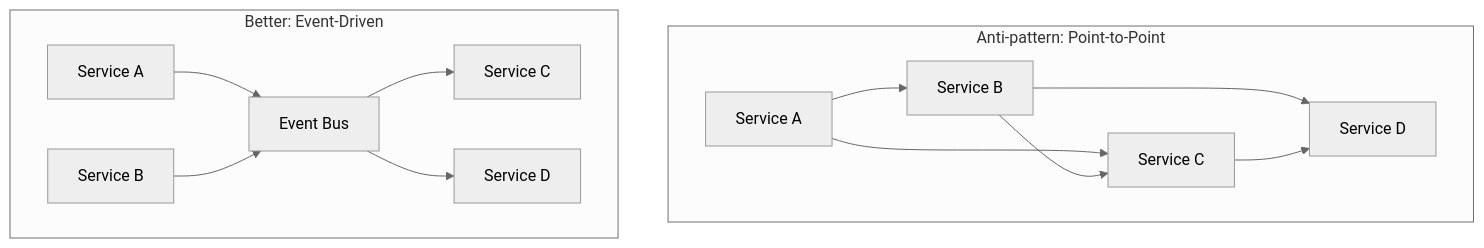
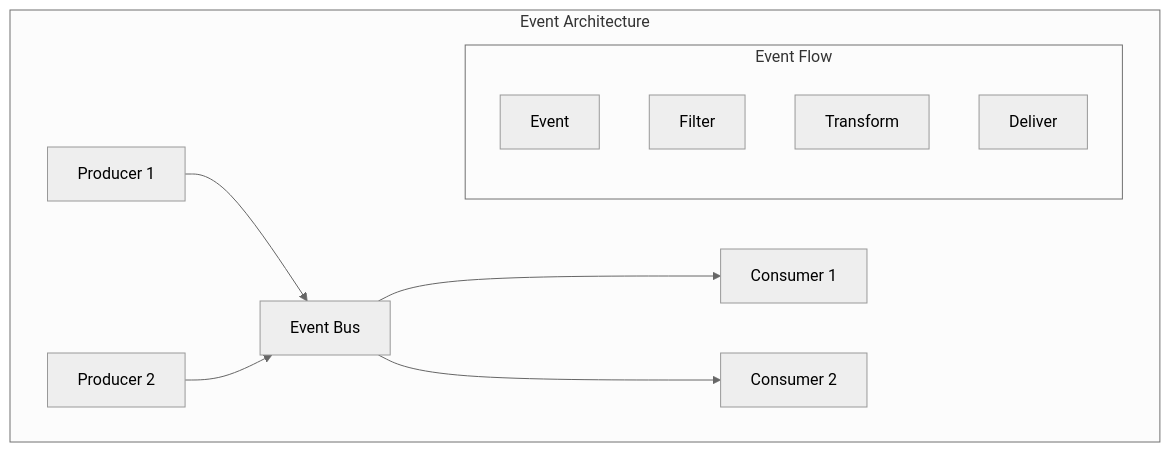
One commit to saravanakumarrc/Architecture_Journey changed the third of 3 diagrams in src/Integration_Patterns_and_Antipatterns.md. Above: the diagram before and after it, drawn with Mermaid (neutral theme). The commit also changed other lines of this file and 6 other files, not shown here.

First line of the commit message:
Refactor observability documentation: streamline sections, enhance clarity, and update diagrams for better understanding of monitoring components and patterns.

````diff
--- a/src/Integration_Patterns_and_Antipatterns.md
+++ b/src/Integration_Patterns_and_Antipatterns.md
@@ -166,17 +51,16 @@
 ```mermaid
-graph TD
-    subgraph "Anti-pattern: Point-to-Point"
-        A1[Service A] --> B1[Service B]
-        A1 --> C1[Service C]
-        B1 --> C1
-        B1 --> D1[Service D]
-        C1 --> D1
-    end
-    
-    subgraph "Better: Event-Driven"
-        A2[Service A] --> E[Event Bus]
-        B2[Service B] --> E
-        E --> C2[Service C]
-        E --> D2[Service D]
+graph TB
+    subgraph "Event Architecture"
+        P1[Producer 1] --> B[Event Bus]
+        P2[Producer 2] --> B
+        B --> C1[Consumer 1]
+        B --> C2[Consumer 2]
+        
+        subgraph "Event Flow"
+            E[Event]
+            F[Filter]
+            T[Transform]
+            D[Deliver]
+        end
     end
 ```
````
